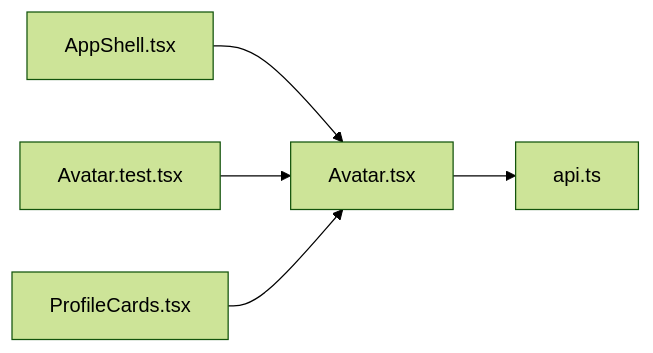
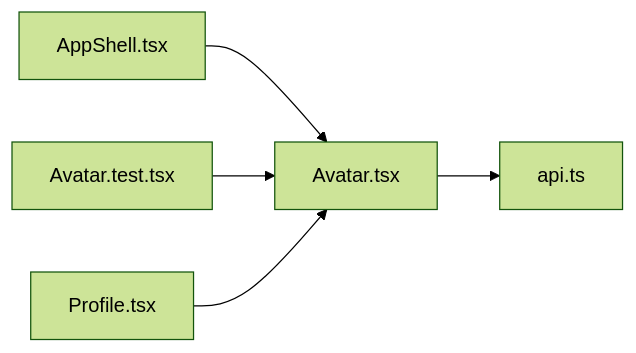
The diagram in .cluedoc/graph/frontend/src/components/Avatar.md (minkong-dev/Banblit), drawn with Mermaid (forest theme) before and after one commit. The commit also changed other lines of this file and 78 other files, not shown here.

Commit message:
frontend: merge single-function files into Board, Profile, Search, controls, loading and pipeline

````diff
--- a/.cluedoc/graph/frontend/src/components/Avatar.md
+++ b/.cluedoc/graph/frontend/src/components/Avatar.md
@@ -10,8 +10,8 @@
 ```mermaid
 flowchart LR
   frontend_src_components_Avatar["Avatar.tsx"]
   frontend_src_components_Avatar --> frontend_src_lib_api["api.ts"]
   frontend_src_components_AppShell["AppShell.tsx"] --> frontend_src_components_Avatar
   frontend_src_components_Avatar_test["Avatar.test.tsx"] --> frontend_src_components_Avatar
-  frontend_src_routes_ProfileCards["ProfileCards.tsx"] --> frontend_src_components_Avatar
+  frontend_src_routes_Profile["Profile.tsx"] --> frontend_src_components_Avatar
 ```
````
